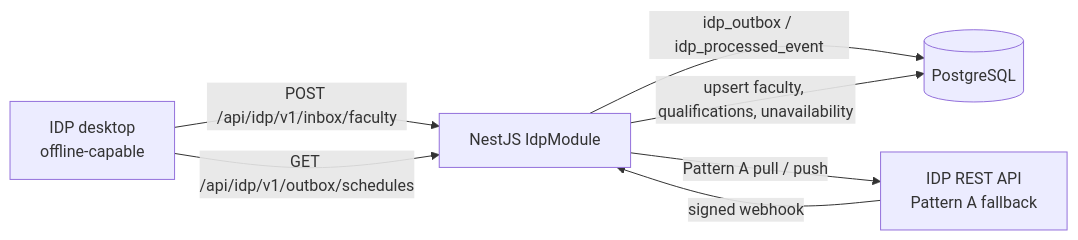
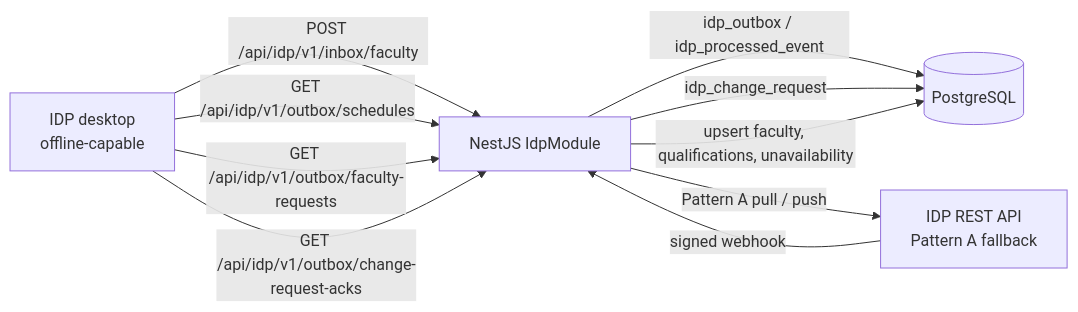
One commit to RADENzzz/coe-nnect changed the diagram in docs/integrations/idp.md. Above: the diagram before and after it, drawn with Mermaid. The commit also changed other lines of this file and 26 other files, not shown here.

First line of the commit message:
Add IDP change requests and Milestone 3 outboxes

````diff
--- a/docs/integrations/idp.md
+++ b/docs/integrations/idp.md
@@ -45,14 +50,17 @@
 ```mermaid
 flowchart LR
     Desktop[IDP desktop<br/>offline-capable]
     IDP[IDP REST API<br/>Pattern A fallback]
     API[NestJS IdpModule]
     DB[(PostgreSQL)]
 
     Desktop -->|POST /api/idp/v1/inbox/faculty| API
     Desktop -->|GET /api/idp/v1/outbox/schedules| API
+    Desktop -->|GET /api/idp/v1/outbox/faculty-requests| API
+    Desktop -->|GET /api/idp/v1/outbox/change-request-acks| API
     API -->|idp_outbox / idp_processed_event| DB
+    API -->|idp_change_request| DB
     API -->|Pattern A pull / push| IDP
     IDP -->|signed webhook| API
     API -->|upsert faculty, qualifications, unavailability| DB
 ```
````
